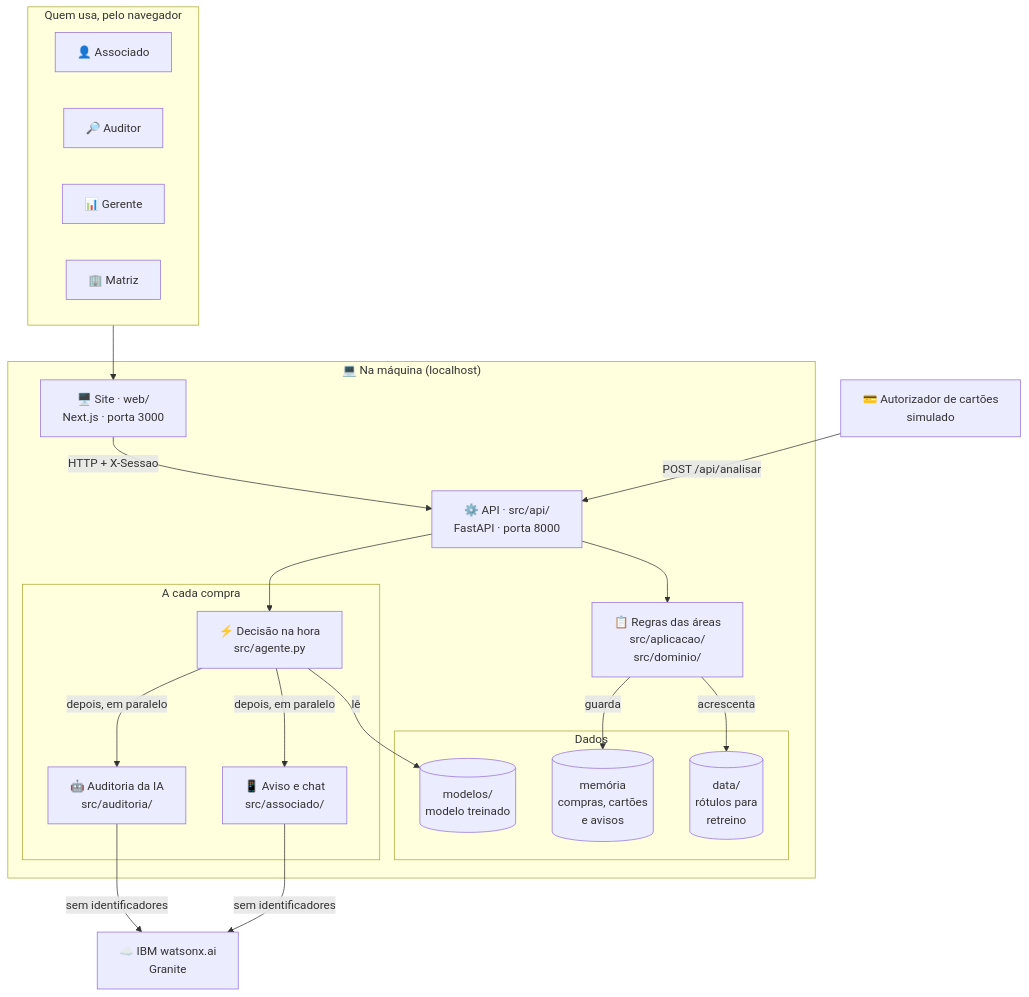
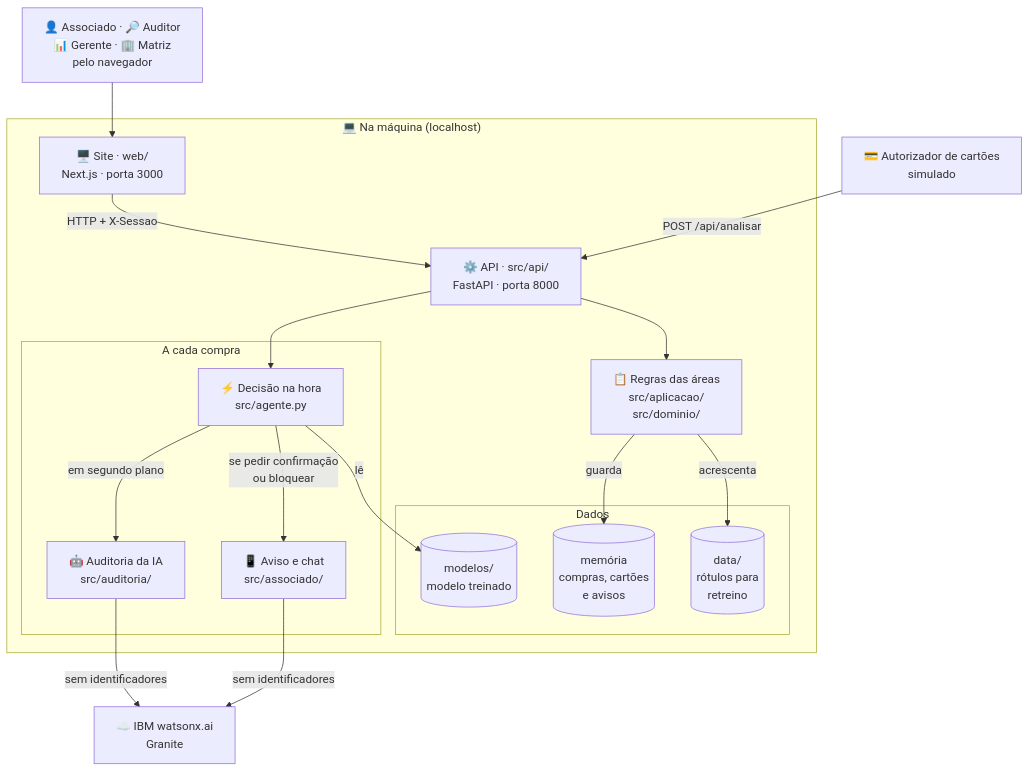
The third of 15 diagrams in README.md (PedroMLegnaghi/Sentinela_IBM_SkillsBuildAILab_Sicredi_challenge), drawn with Mermaid before and after one commit.

Commit message:
docs: junta as pessoas num só bloco no diagrama de contêineres

````diff
--- a/README.md
+++ b/README.md
@@ -139,41 +139,36 @@
 ```mermaid
 flowchart TB
-    subgraph Pessoas["Quem usa, pelo navegador"]
-        direction LR
-        ASS["👤 Associado"]
-        AUD["🔎 Auditor"]
-        GER["📊 Gerente"]
-        MAT["🏢 Matriz"]
-    end
+    PES["👤 Associado · 🔎 Auditor<br/>📊 Gerente · 🏢 Matriz<br/>pelo navegador"]
     AUT["💳 Autorizador de cartões<br/>simulado"]
 
     subgraph Local["💻 Na máquina (localhost)"]
         SITE["🖥️ Site · web/<br/>Next.js · porta 3000"]
         API["⚙️ API · src/api/<br/>FastAPI · porta 8000"]
         subgraph Compra["A cada compra"]
             NUC["⚡ Decisão na hora<br/>src/agente.py"]
             AUDI["🤖 Auditoria da IA<br/>src/auditoria/"]
             CAN["📱 Aviso e chat<br/>src/associado/"]
         end
         REG["📋 Regras das áreas<br/>src/aplicacao/<br/>src/dominio/"]
         subgraph Dados["Dados"]
             MOD[("modelos/<br/>modelo treinado")]
             MEM[("memória<br/>compras, cartões<br/>e avisos")]
             ROT[("data/<br/>rótulos para<br/>retreino")]
         end
     end
 
     WX["☁️ IBM watsonx.ai<br/>Granite"]
 
-    Pessoas --> SITE
+    PES --> SITE
     SITE -->|"HTTP + X-Sessao"| API
     AUT -->|"POST /api/analisar"| API
     API --> NUC
-    NUC -->|"depois, em paralelo"| AUDI & CAN
+    NUC -->|"em segundo plano"| AUDI
+    NUC -->|"se pedir confirmação<br/>ou bloquear"| CAN
     API --> REG
     NUC -->|lê| MOD
     REG -->|guarda| MEM
     REG -->|acrescenta| ROT
     AUDI -->|"sem identificadores"| WX
     CAN -->|"sem identificadores"| WX
 ```
````
